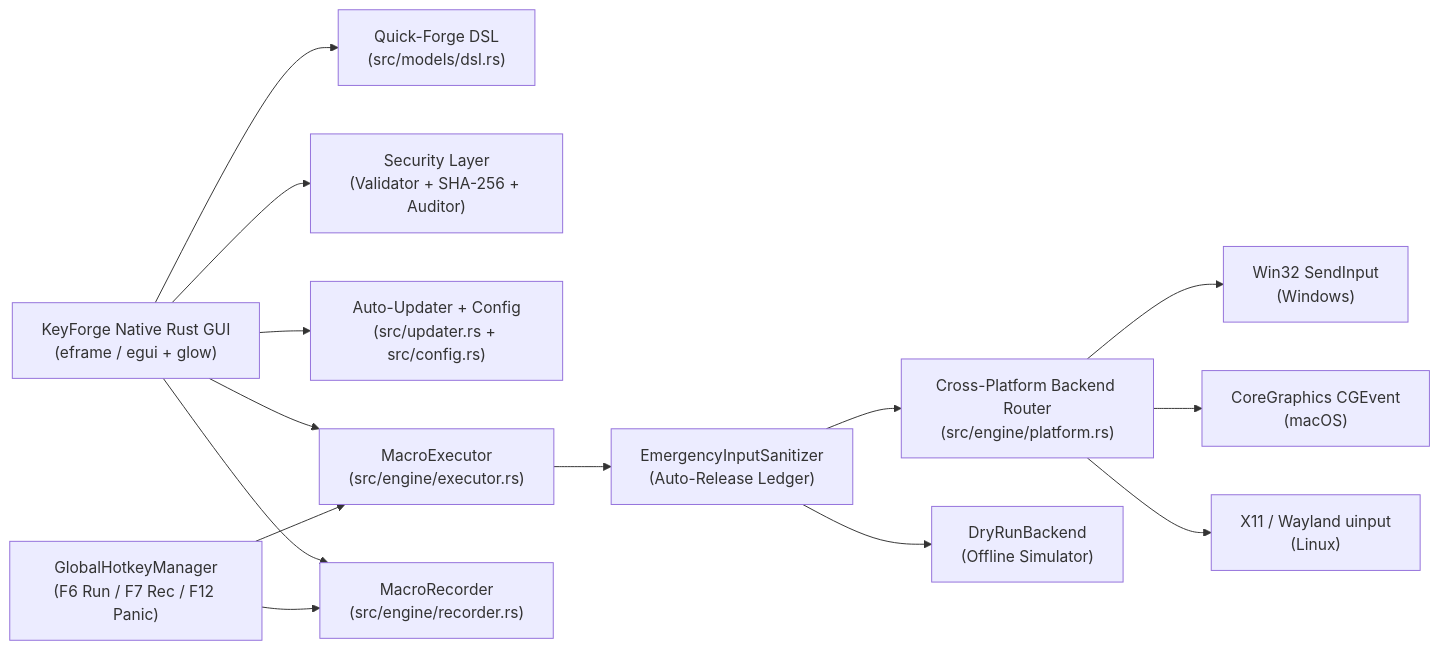
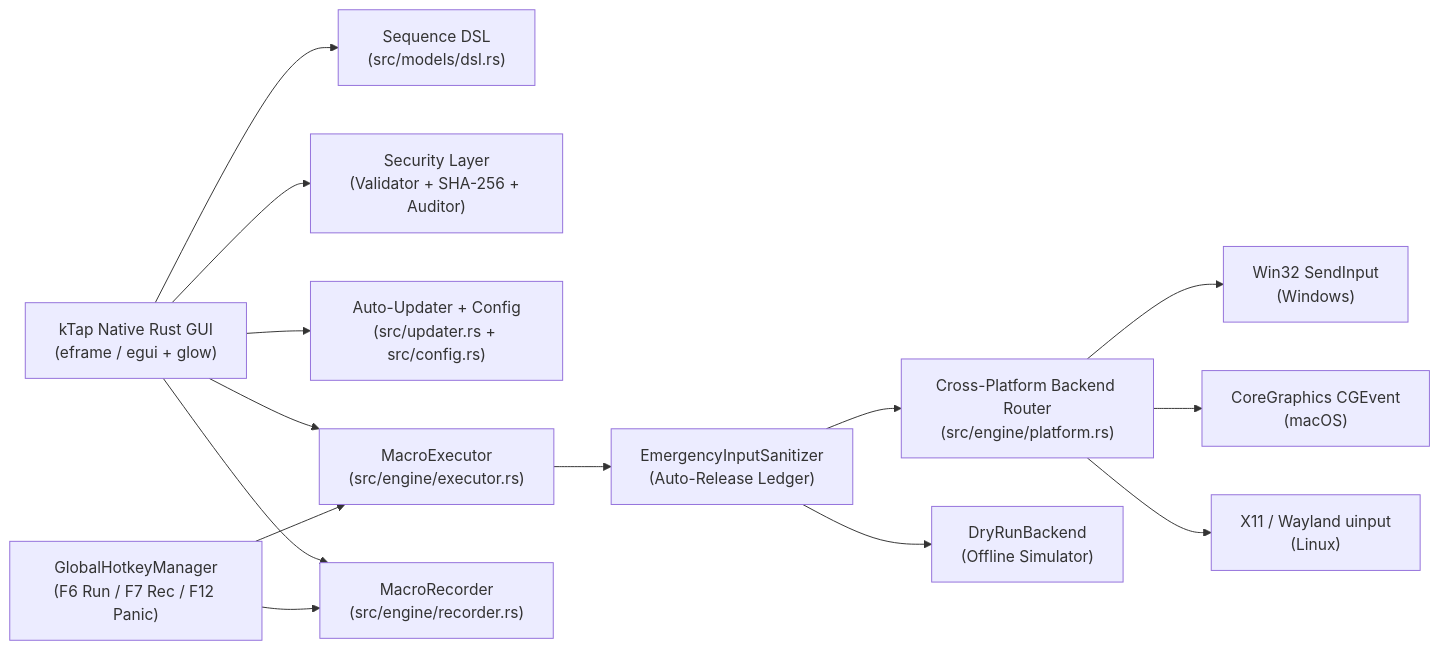
The diagram in README.md (efeartn/KeyForge), drawn with Mermaid before and after one commit. The commit also changed other lines of this file and 33 other files, not shown here.

Commit message:
feat!: rebrand KeyForge to kTap v3.0.0 Pulse with optimizations and UI polish

````diff
--- a/README.md
+++ b/README.md
@@ -257,16 +258,16 @@
 ```mermaid
 flowchart LR
-    UI["KeyForge Native Rust GUI<br/>(eframe / egui + glow)"] --> DSL["Quick-Forge DSL<br/>(src/models/dsl.rs)"]
+    UI["kTap Native Rust GUI<br/>(eframe / egui + glow)"] --> DSL["Sequence DSL<br/>(src/models/dsl.rs)"]
     UI --> SEC["Security Layer<br/>(Validator + SHA-256 + Auditor)"]
     UI --> UPD["Auto-Updater + Config<br/>(src/updater.rs + src/config.rs)"]
     UI --> EXEC["MacroExecutor<br/>(src/engine/executor.rs)"]
     UI --> REC["MacroRecorder<br/>(src/engine/recorder.rs)"]
     HK["GlobalHotkeyManager<br/>(F6 Run / F7 Rec / F12 Panic)"] --> EXEC
     HK --> REC
     EXEC --> SAN["EmergencyInputSanitizer<br/>(Auto-Release Ledger)"]
     SAN --> PLAT["Cross-Platform Backend Router<br/>(src/engine/platform.rs)"]
     PLAT --> WIN32["Win32 SendInput<br/>(Windows)"]
     PLAT --> MAC["CoreGraphics CGEvent<br/>(macOS)"]
     PLAT --> X11["X11 / Wayland uinput<br/>(Linux)"]
     SAN --> DRY["DryRunBackend<br/>(Offline Simulator)"]
 ```
````
